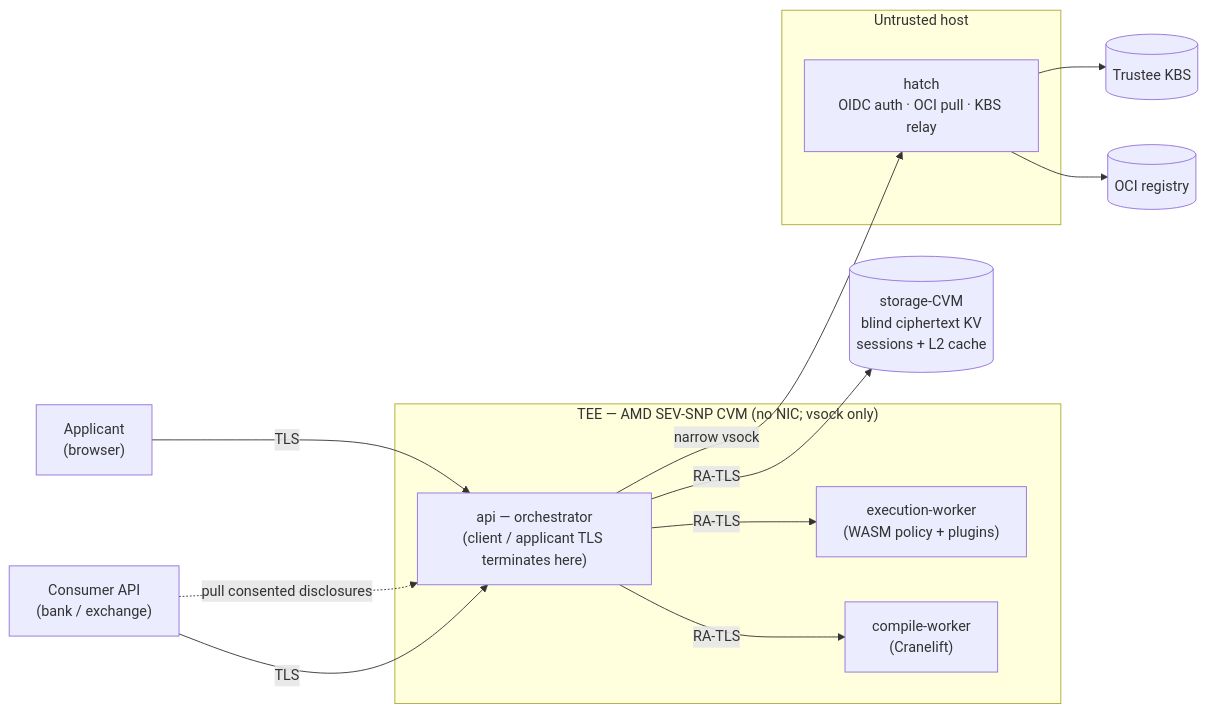
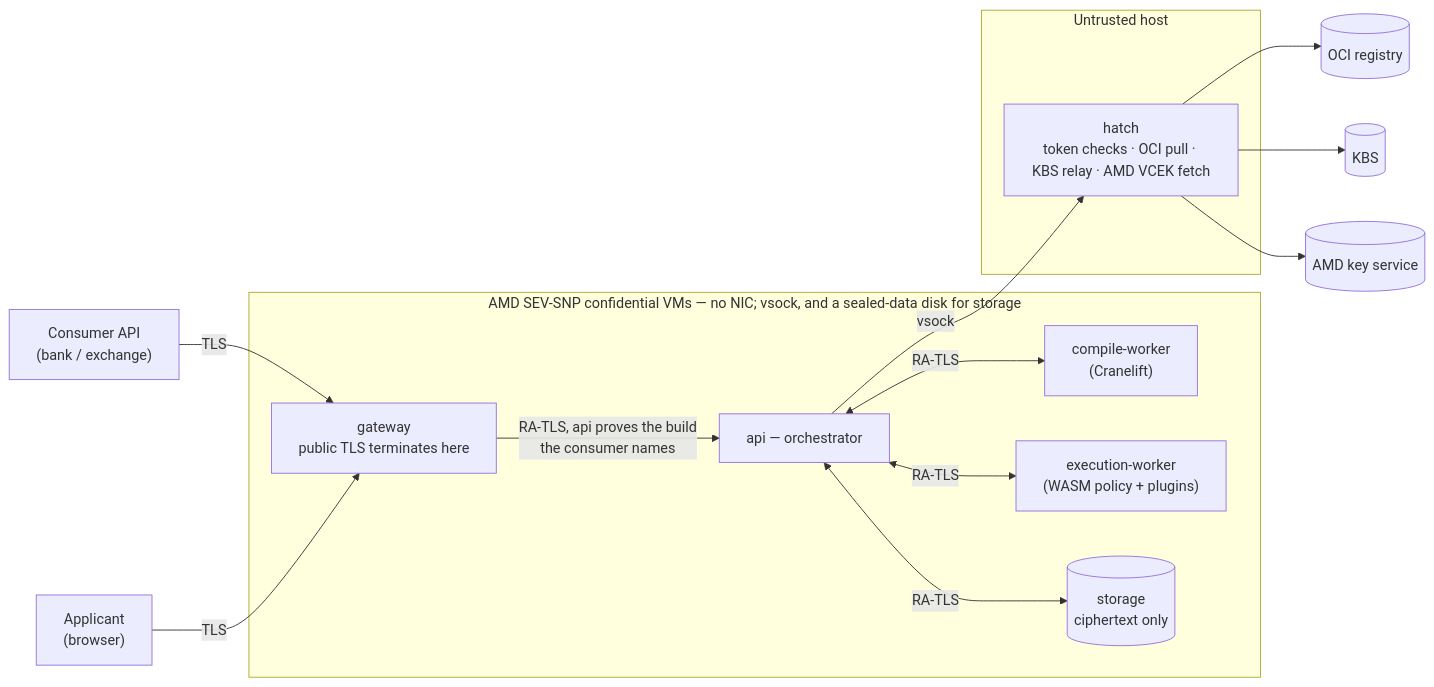
One commit to enclavid/enclavid changed the diagram in README.md. Above: the diagram before and after it, drawn with Mermaid. The commit also changed other lines of this file and 2 other files, not shown here.

First line of the commit message:
docs: README status — early alpha, verifying the gateway, next tooling and hardening

````diff
--- a/README.md
+++ b/README.md
@@ -47,30 +50,32 @@
 ```mermaid
 flowchart LR
   consumer["Consumer API<br/>(bank / exchange)"]
   applicant["Applicant<br/>(browser)"]
 
-  subgraph tee["TEE — AMD SEV-SNP CVM (no NIC; vsock only)"]
-    api["api — orchestrator<br/>(client / applicant TLS terminates here)"]
+  subgraph tee["AMD SEV-SNP confidential VMs — no NIC; vsock, and a sealed-data disk for storage"]
+    gateway["gateway<br/>public TLS terminates here"]
+    api["api — orchestrator"]
     comp["compile-worker<br/>(Cranelift)"]
     exec["execution-worker<br/>(WASM policy + plugins)"]
-    api -->|RA-TLS| comp
-    api -->|RA-TLS| exec
+    storage[("storage<br/>ciphertext only")]
+    gateway -->|"RA-TLS, api proves the build<br/>the consumer names"| api
+    api <-->|RA-TLS| comp
+    api <-->|RA-TLS| exec
+    api <-->|RA-TLS| storage
   end
 
-  storage[("storage-CVM<br/>blind ciphertext KV<br/>sessions + L2 cache")]
-
   subgraph host["Untrusted host"]
-    hatch["hatch<br/>OIDC auth · OCI pull · KBS relay"]
+    hatch["hatch<br/>token checks · OCI pull · KBS relay · AMD VCEK fetch"]
   end
 
   registry[("OCI registry")]
-  kbs[("Trustee KBS")]
+  kbs[("KBS")]
+  kds[("AMD key service")]
 
-  consumer -->|TLS| api
-  applicant -->|TLS| api
-  api -->|RA-TLS| storage
-  api -->|narrow vsock| hatch
+  consumer -->|TLS| gateway
+  applicant -->|TLS| gateway
+  api -->|vsock| hatch
   hatch --> registry
   hatch --> kbs
-  consumer -.->|pull consented disclosures| api
+  hatch --> kds
 ```
````
